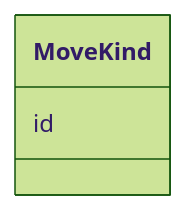
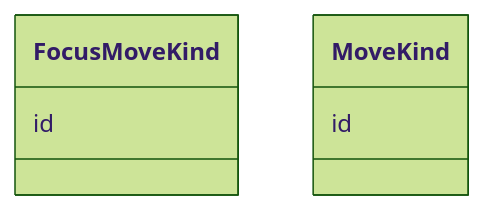
One commit to openuji/spec-ujg changed the fourth of 5 diagrams in specs/ed/modules/operability/index.md. Above: the diagram before and after it, drawn with Mermaid (forest theme). The commit also changed other lines of this file and 8 other files, not shown here.

Commit message:
introduce separate focus move kind

````diff
--- a/specs/ed/modules/operability/index.md
+++ b/specs/ed/modules/operability/index.md
@@ -284,6 +312,9 @@
 ```mermaid
 classDiagram
+  class FocusMoveKind {
+    id
+  }
   class MoveKind {
     id
   }
 ```
````
